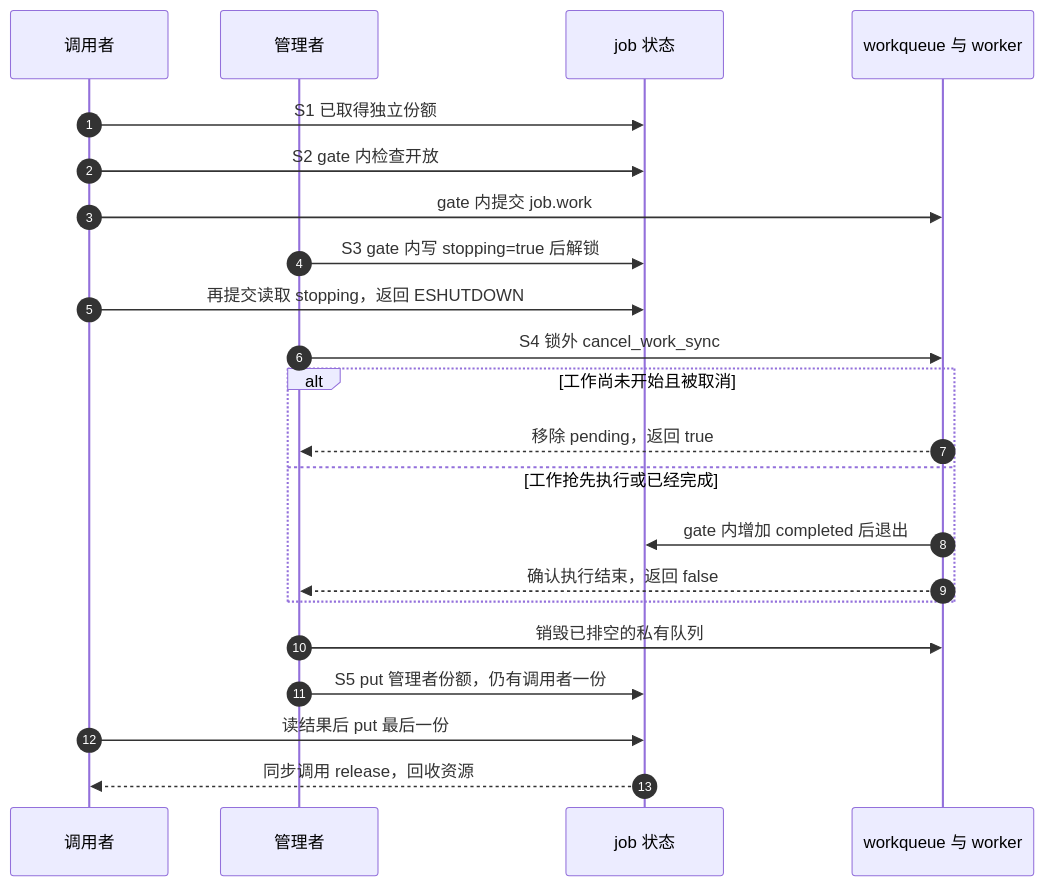
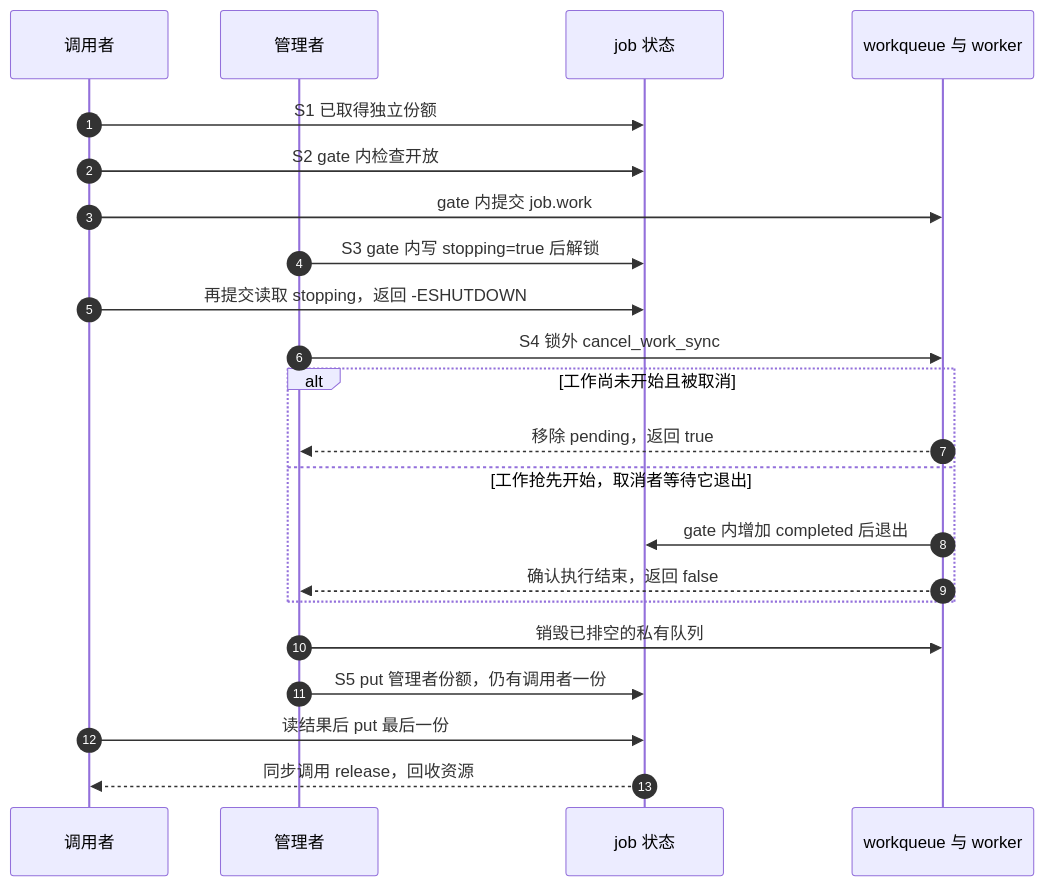
The second of 6 diagrams in knowledge/linux/object_lifetime/kref/P06_release_回调与复杂销毁模式.md (FormingSystem/linux_note), drawn with Mermaid before and after one commit. The commit also changed other lines of this file and 2 other files, not shown here.

````diff
--- a/knowledge/linux/object_lifetime/kref/P06_release_回调与复杂销毁模式.md
+++ b/knowledge/linux/object_lifetime/kref/P06_release_回调与复杂销毁模式.md
@@ -215,24 +232,24 @@
 ```mermaid
 sequenceDiagram
     autonumber
     participant U as 调用者
     participant M as 管理者
     participant J as job 状态
     participant W as workqueue 与 worker
     U->>J: S1 已取得独立份额
     U->>J: S2 gate 内检查开放
     U->>W: gate 内提交 job.work
     M->>J: S3 gate 内写 stopping=true 后解锁
-    U->>J: 再提交读取 stopping，返回 ESHUTDOWN
+    U->>J: 再提交读取 stopping，返回 -ESHUTDOWN
     M->>W: S4 锁外 cancel_work_sync
     alt 工作尚未开始且被取消
         W-->>M: 移除 pending，返回 true
-    else 工作抢先执行或已经完成
+    else 工作抢先开始，取消者等待它退出
         W->>J: gate 内增加 completed 后退出
         W-->>M: 确认执行结束，返回 false
     end
     M->>W: 销毁已排空的私有队列
     M->>J: S5 put 管理者份额，仍有调用者一份
     U->>J: 读结果后 put 最后一份
     J-->>U: 同步调用 release，回收资源
 ```
````
